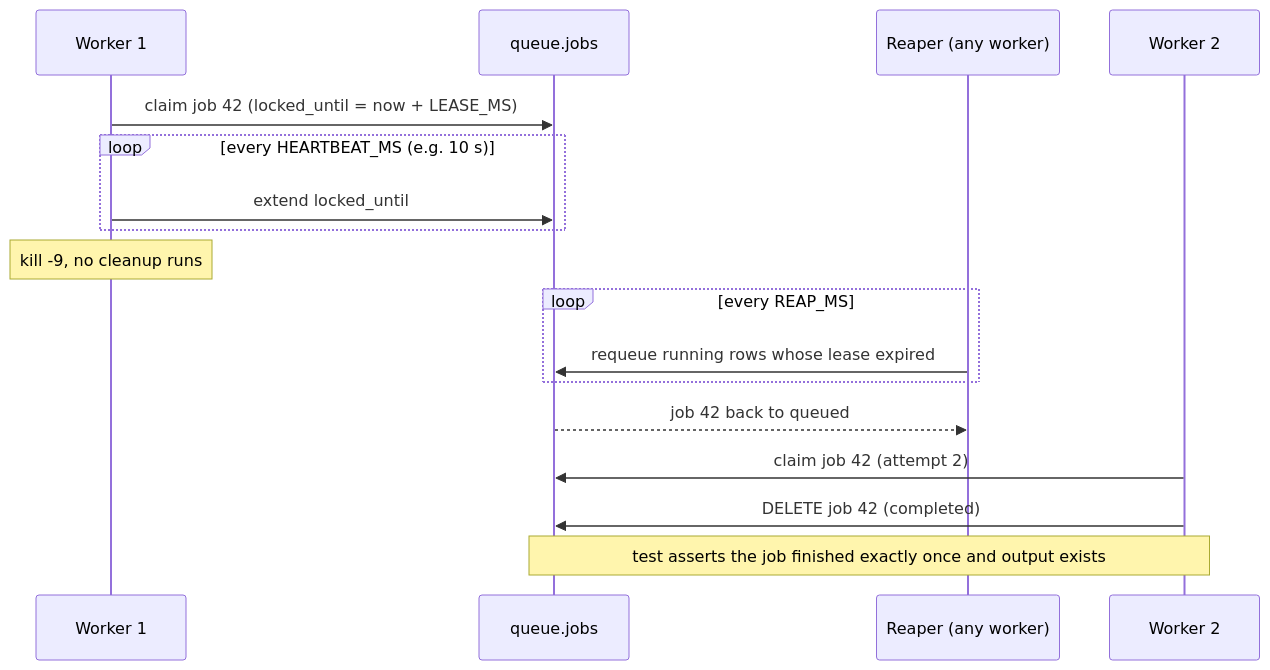
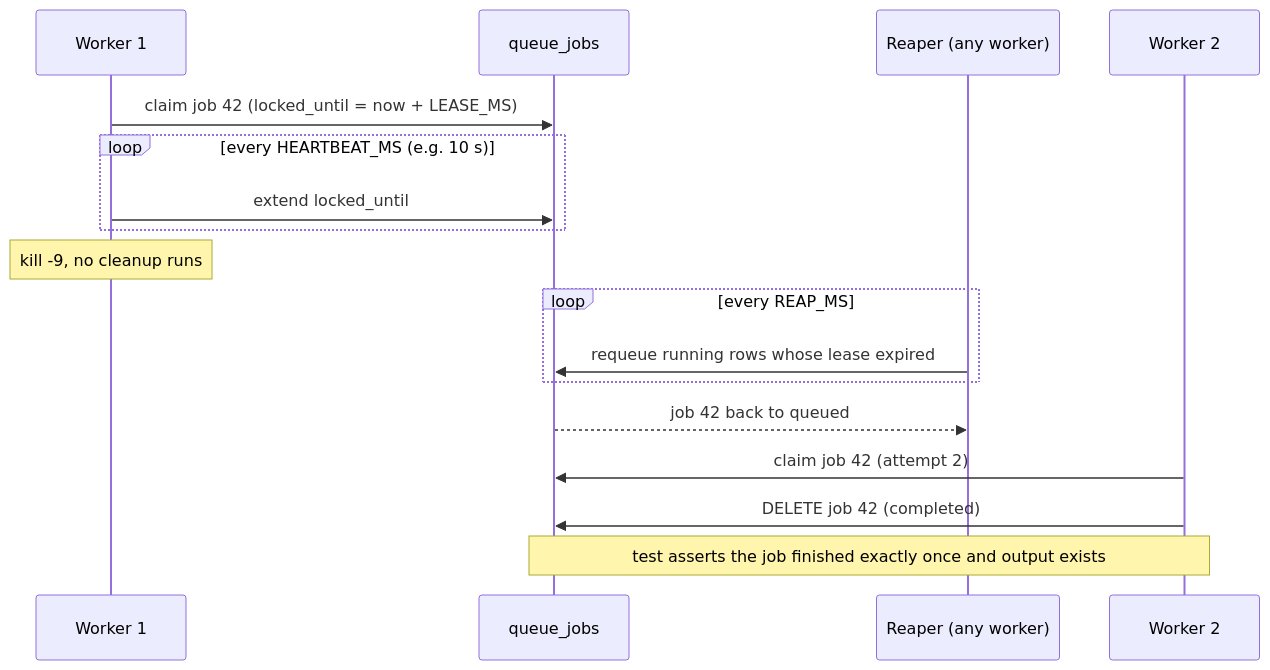
Before and after one commit to momenyasser01/queue-lab: the sixth of 8 diagrams in docs/system-design.md, drawn with Mermaid. The commit also changed other lines of this file, not shown here.

Commit message:
docs: rename queue table and column, drop job priority

````diff
--- a/docs/system-design.md
+++ b/docs/system-design.md
@@ -305,20 +304,20 @@
 ```mermaid
 sequenceDiagram
   participant W1 as Worker 1
-  participant PG as queue.jobs
+  participant PG as queue_jobs
   participant R as Reaper (any worker)
   participant W2 as Worker 2
 
   W1->>PG: claim job 42 (locked_until = now + LEASE_MS)
   loop every HEARTBEAT_MS (e.g. 10 s)
     W1->>PG: extend locked_until
   end
   Note over W1: kill -9, no cleanup runs
   loop every REAP_MS
     R->>PG: requeue running rows whose lease expired
   end
   PG-->>R: job 42 back to queued
   W2->>PG: claim job 42 (attempt 2)
   W2->>PG: DELETE job 42 (completed)
   Note over W2,PG: test asserts the job finished exactly once and output exists
 ```
````
